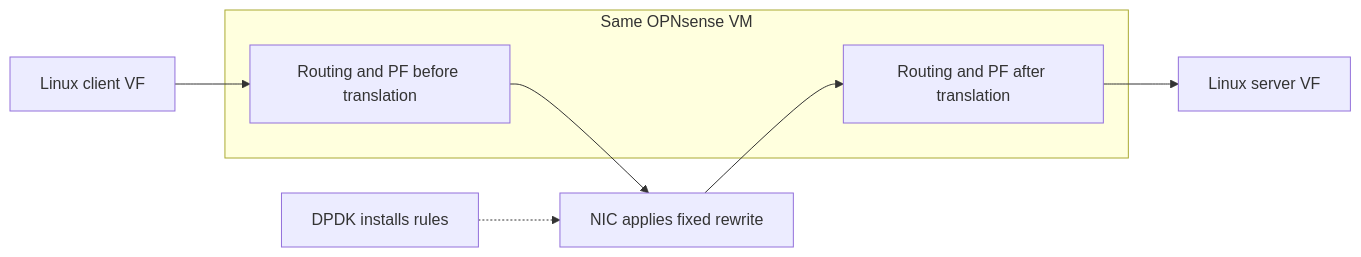
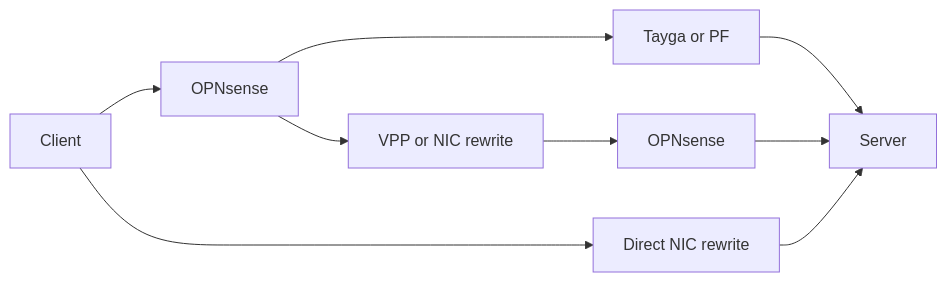
Before and after one commit to agoodkind/mwan: the diagram in docs/performance.md, drawn with Mermaid. The commit also changed other lines of this file, not shown here.

````diff
--- a/docs/performance.md
+++ b/docs/performance.md
@@ -485,12 +56,11 @@
 ```mermaid
 flowchart LR
-  client[Linux client VF] --> ingress
-  subgraph firewall[Same OPNsense VM]
-    ingress[Routing and PF before translation]
-    egress[Routing and PF after translation]
-  end
-  ingress --> rewrite[NIC applies fixed rewrite]
-  rewrite --> egress
-  egress --> server[Linux server VF]
-  control[DPDK installs rules] -.-> rewrite
+  client[Client] --> ingress[OPNsense]
+  ingress --> local[Tayga or PF]
+  local --> server[Server]
+  ingress --> external[VPP or NIC rewrite]
+  external --> egress[OPNsense]
+  egress --> server
+  client --> direct[Direct NIC rewrite]
+  direct --> server
 ```
````
